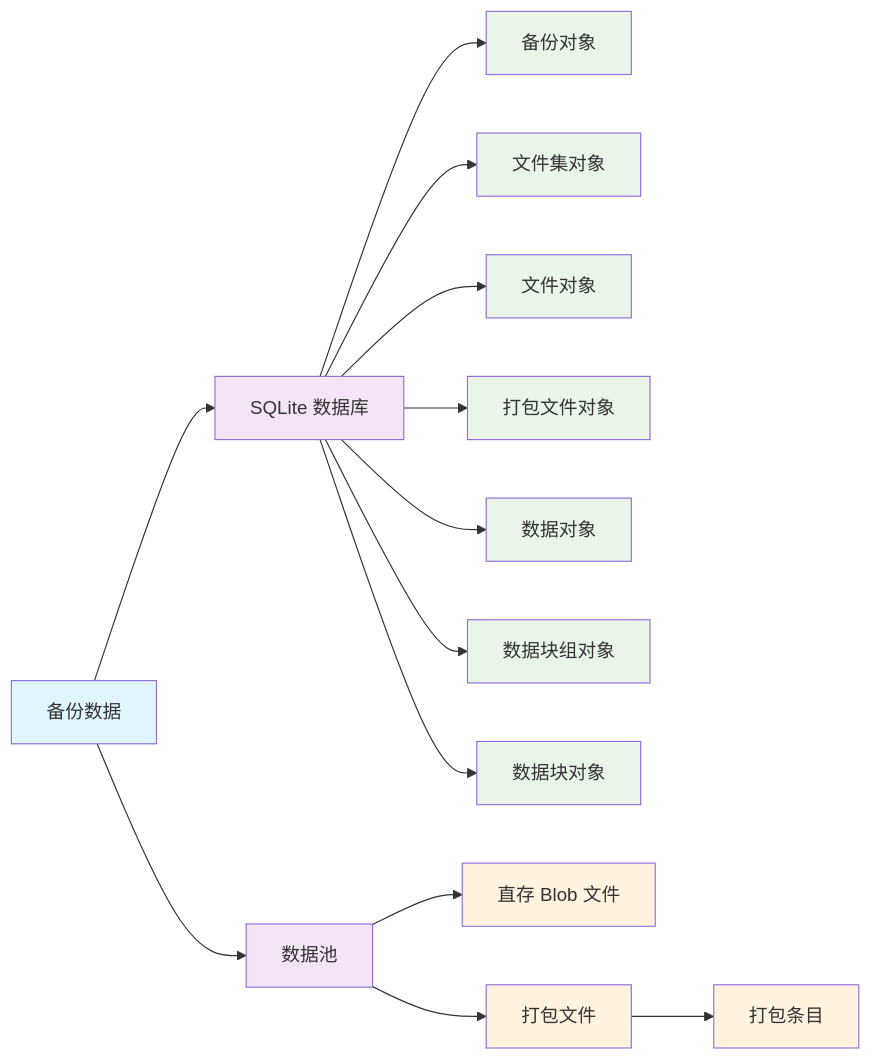
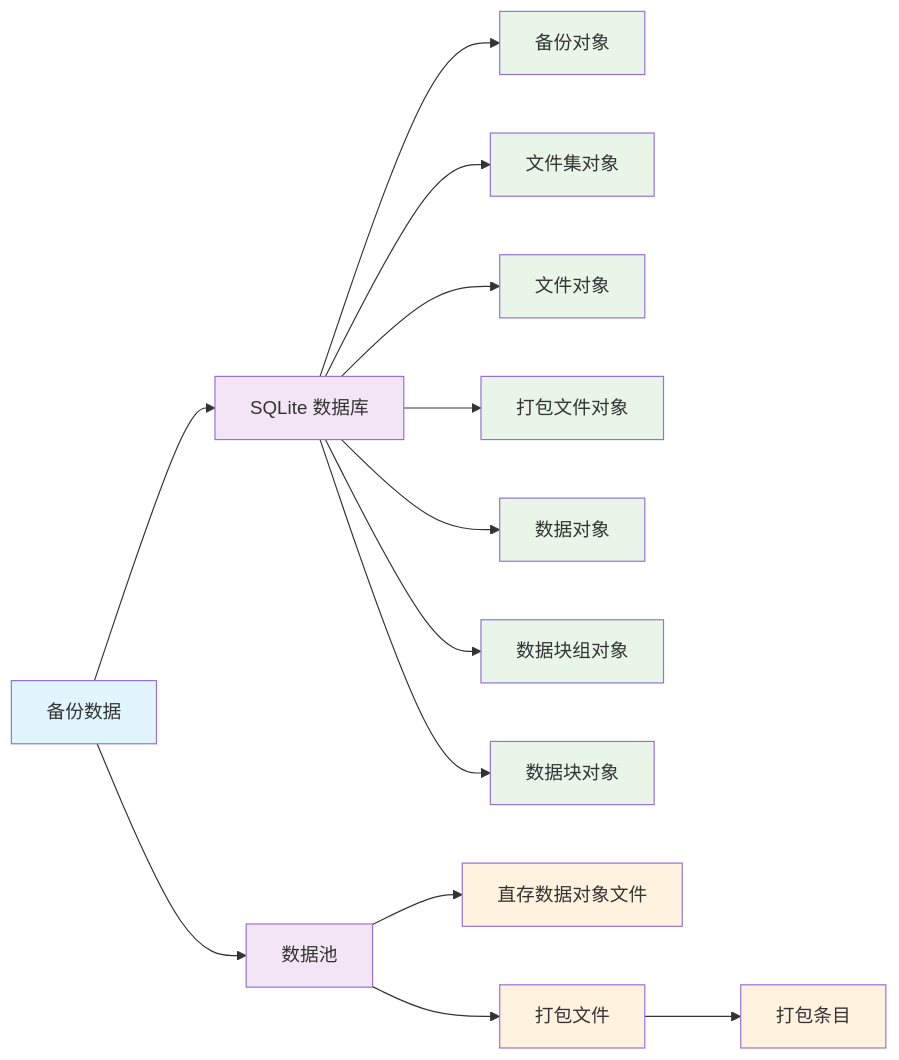
The second of 2 diagrams in docs/concept/storage_structure.zh.md (TISUnion/PrimeBackup), drawn with Mermaid before and after one commit. The commit also changed other lines of this file and 39 other files, not shown here.

````diff
--- a/docs/concept/storage_structure.zh.md
+++ b/docs/concept/storage_structure.zh.md
@@ -113,31 +113,31 @@
 ```mermaid
 graph LR
     A[备份数据] --> DB[SQLite 数据库]
     A --> blob_pool[数据池]
 
     DB --> backup[备份对象]
     DB --> fileset[文件集对象]
     DB --> file[文件对象]
     DB --> pack[打包文件对象]
     DB --> blob[数据对象]
     DB --> chunk_group[数据块组对象]
     DB --> chunk[数据块对象]
 
-    blob_pool --> blob_storage[直存 Blob 文件]
+    blob_pool --> blob_storage[直存数据对象文件]
     blob_pool --> pack_storage[打包文件]
     pack_storage --> pack_entry[打包条目]
 
     style A fill:#e1f5fe
     style DB fill:#f3e5f5
     style blob_pool fill:#f3e5f5
     style backup fill:#e8f5e8
     style fileset fill:#e8f5e8
     style file fill:#e8f5e8
     style pack fill:#e8f5e8
     style blob fill:#e8f5e8
     style chunk_group fill:#e8f5e8
     style chunk fill:#e8f5e8
     style blob_storage fill:#fff3e0
     style pack_storage fill:#fff3e0
     style pack_entry fill:#fff3e0
 ```
````
